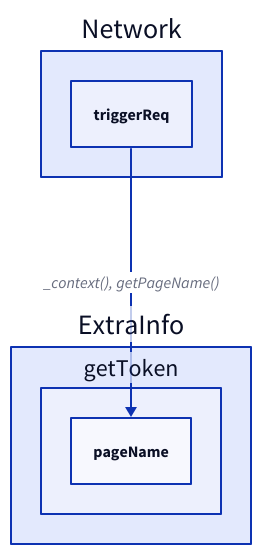
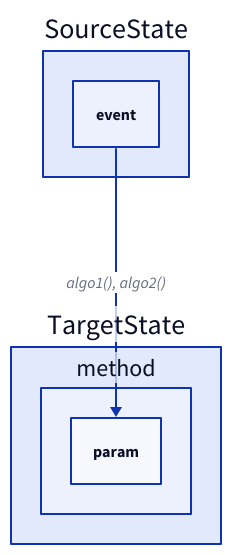
Before and after one commit to sien75/GraphiCode-skills: the second of 5 diagrams in architect/references/flow.md, drawn with D2. The commit also changed other lines of this file and 2 other files, not shown here.

Commit message:
adjust flow md description

````diff
--- a/architect/references/flow.md
+++ b/architect/references/flow.md
@@ -47,4 +28,3 @@
 ```d2
-# 1
-Network.triggerReq -> ExtraInfo.getToken.pageName: _context(), getPageName()
+SourceState.event -> TargetState.method.param: algo1(), algo2()
 ```
````
